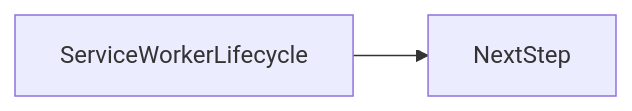
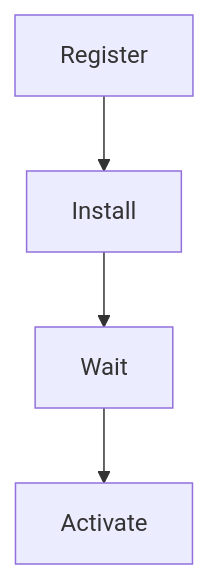
One commit to OmidJavaherii/Frontend-Engineering-Handbook changed the second of 3 diagrams in docs/en/23-pwa-and-offline/service-worker-lifecycle/index.md. Above: the diagram before and after it, drawn with Mermaid. The commit also changed other lines of this file and 461 other files, not shown here.

````diff
--- a/docs/en/23-pwa-and-offline/service-worker-lifecycle/index.md
+++ b/docs/en/23-pwa-and-offline/service-worker-lifecycle/index.md
@@ -95,4 +120,6 @@
 ```mermaid
-flowchart LR
-  concept[ServiceWorkerLifecycle] --> nextStep[NextStep]
+flowchart TD
+  n0[Register] --> n1[Install]
+  n1[Install] --> n2[Wait]
+  n2[Wait] --> n3[Activate]
 ```
````
